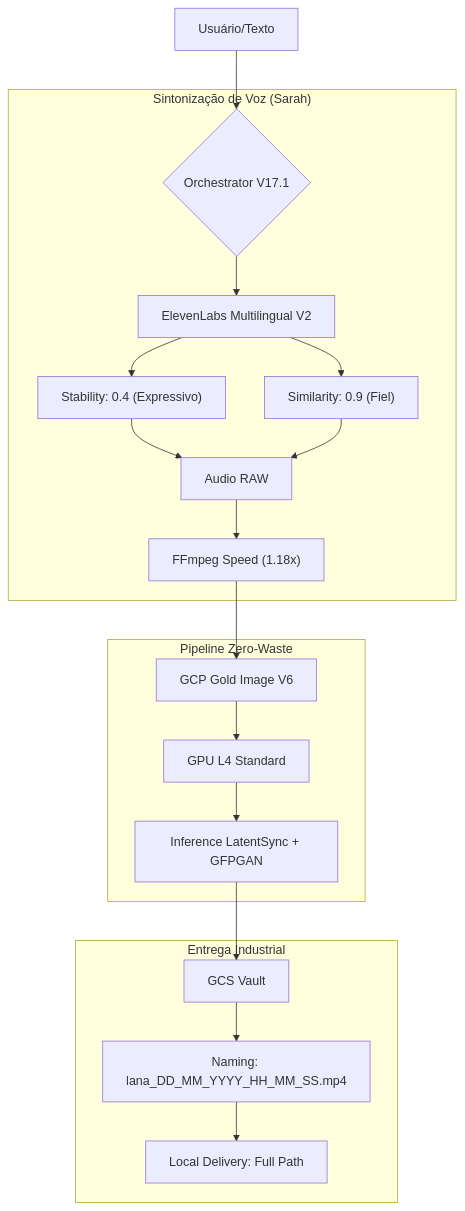
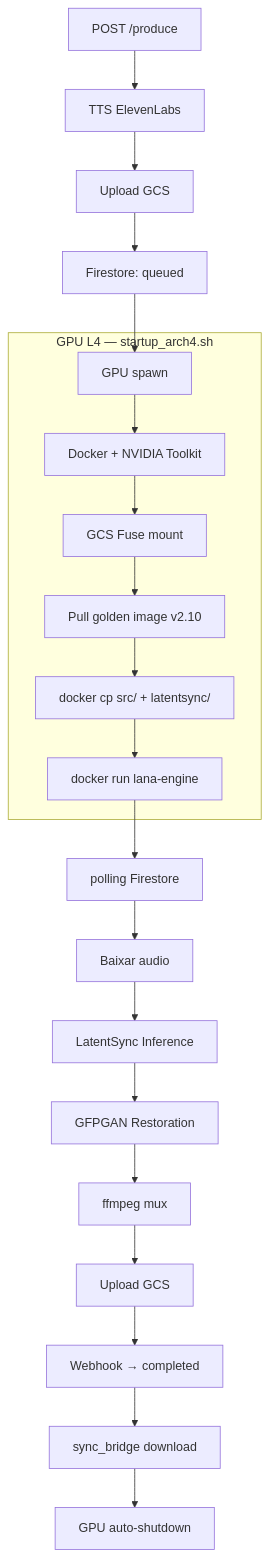
Before and after one commit to viniciusbritor/Avatar: the diagram in docs/VISUAL_ORCHESTRATOR.md, drawn with Mermaid. The commit also changed other lines of this file and 2 other files, not shown here.

````diff
--- a/docs/VISUAL_ORCHESTRATOR.md
+++ b/docs/VISUAL_ORCHESTRATOR.md
@@ -7,24 +5,25 @@
 ```mermaid
 graph TD
-    A[Usuário/Texto] --> B{Orchestrator V17.1}
+    A[POST /produce] --> B[TTS ElevenLabs]
+    B --> C[Upload GCS]
+    C --> D[Firestore: queued]
+    D --> E[GPU spawn]
     
-    subgraph "Sintonização de Voz (Sarah)"
-        B --> C[ElevenLabs Multilingual V2]
-        C --> D["Stability: 0.4 (Expressivo)"]
-        C --> E["Similarity: 0.9 (Fiel)"]
-        D & E --> F[Audio RAW]
-        F --> G["FFmpeg Speed (1.18x)"]
+    subgraph "GPU L4 — startup_arch4.sh"
+        E --> F[Docker + NVIDIA Toolkit]
+        F --> G[GCS Fuse mount]
+        G --> H[Pull golden image v2.10]
+        H --> I[docker cp src/ + latentsync/]
+        I --> J[docker run lana-engine]
     end
     
-    subgraph "Pipeline Zero-Waste"
-        G --> H[GCP Gold Image V6]
-        H --> I[GPU L4 Standard]
-        I --> J[Inference LatentSync + GFPGAN]
-    end
-    
-    subgraph "Entrega Industrial"
-        J --> K[GCS Vault]
-        K --> L["Naming: lana_DD_MM_YYYY_HH_MM_SS.mp4"]
-        L --> M[Local Delivery: Full Path]
-    end
+    J --> K[polling Firestore]
+    K --> L[Baixar audio]
+    L --> M[LatentSync Inference]
+    M --> N[GFPGAN Restoration]
+    N --> O[ffmpeg mux]
+    O --> P[Upload GCS]
+    P --> Q[Webhook → completed]
+    Q --> R[sync_bridge download]
+    R --> S[GPU auto-shutdown]
 ```
````
